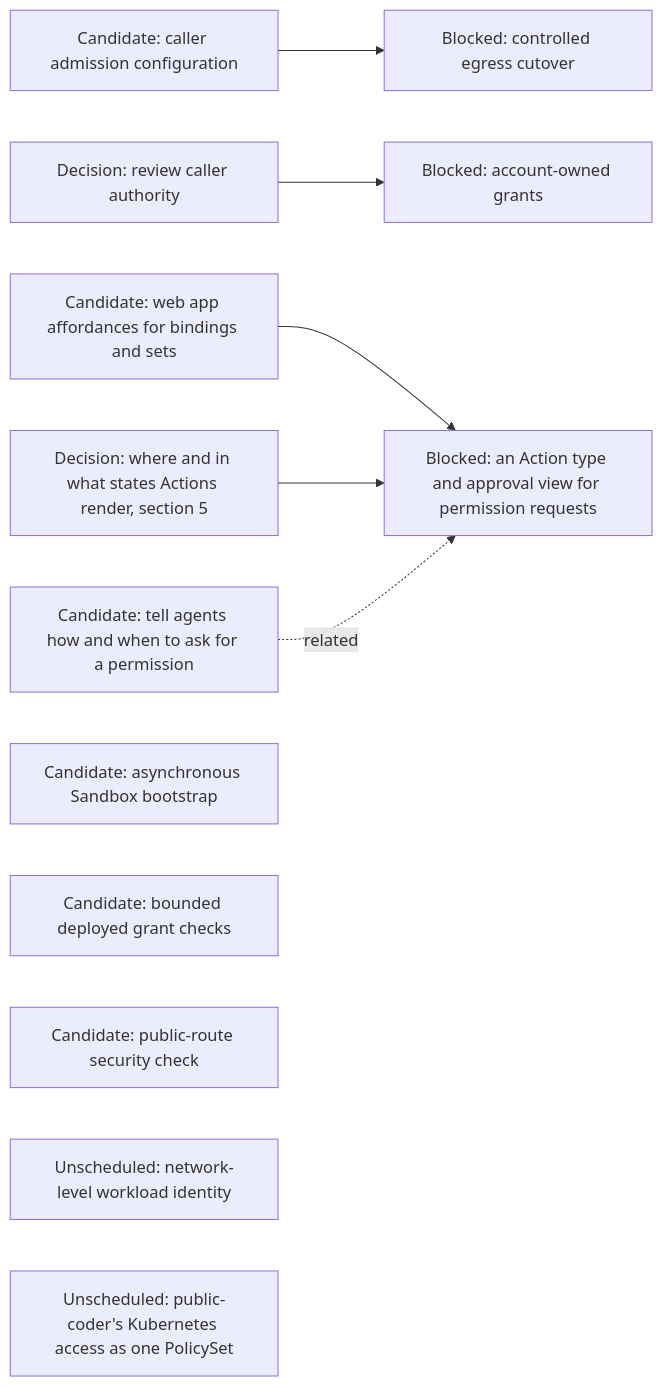
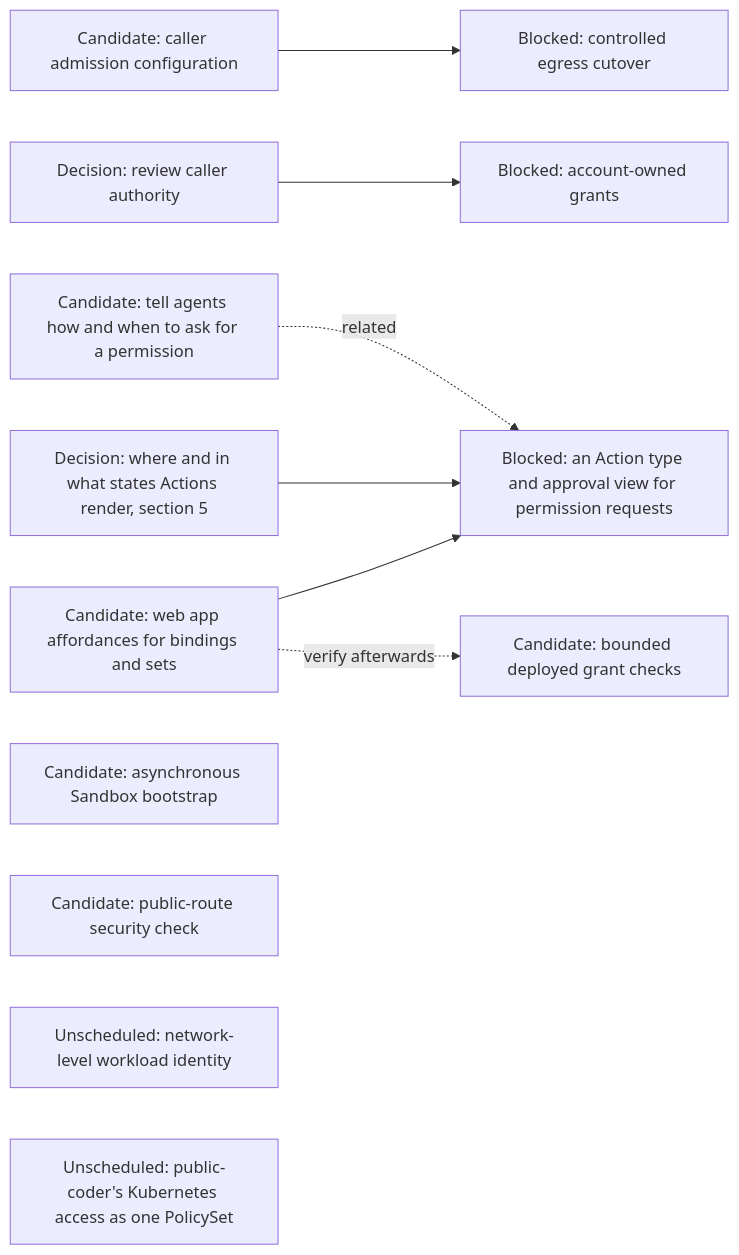
One commit to agentydragon/ducktape changed the eighth of 15 diagrams in agentplane/plans/task_dag.md. Above: the diagram before and after it, drawn with Mermaid. The commit also changed other lines of this file, not shown here.

````diff
--- a/agentplane/plans/task_dag.md
+++ b/agentplane/plans/task_dag.md
@@ -543,17 +562,18 @@
 ```mermaid
 flowchart LR
     PC_EGRESS_CREDENTIALS[Candidate: caller admission configuration] --> PC_EGRESS[Blocked: controlled egress cutover]
     CLAUDE_AI_SA[Decision: review caller authority] --> MANAGED_SA_RBAC[Blocked: account-owned grants]
     POLICY_RUNTIME_GRANTS[Candidate: web app affordances for bindings and sets]
     AGENT_PERMISSION_INSTRUCTIONS[Candidate: tell agents how and when to ask for a permission]
     AGENT_PERMISSION_REQUESTS[Blocked: an Action type and approval view for permission requests]
     ACTION_SURFACES_DESIGN[Decision: where and in what states Actions render, section 5]
     POLICY_RUNTIME_GRANTS --> AGENT_PERMISSION_REQUESTS
     ACTION_SURFACES_DESIGN --> AGENT_PERMISSION_REQUESTS
     AGENT_PERMISSION_INSTRUCTIONS -. related .-> AGENT_PERMISSION_REQUESTS
+    POLICY_RUNTIME_GRANTS -. verify afterwards .-> SANDBOX_RBAC
     BOOTSTRAP_PROGRESS_CONTRACT[Candidate: asynchronous Sandbox bootstrap]
     SANDBOX_RBAC[Candidate: bounded deployed grant checks]
     NOTIFICATION_INGRESS_BOUNDARY[Candidate: public-route security check]
     NETWORK_WORKLOAD_IDENTITY[Unscheduled: network-level workload identity]
     PC_KUBERNETES_POLICY_SET[Unscheduled: public-coder's Kubernetes access as one PolicySet]
 ```
````
